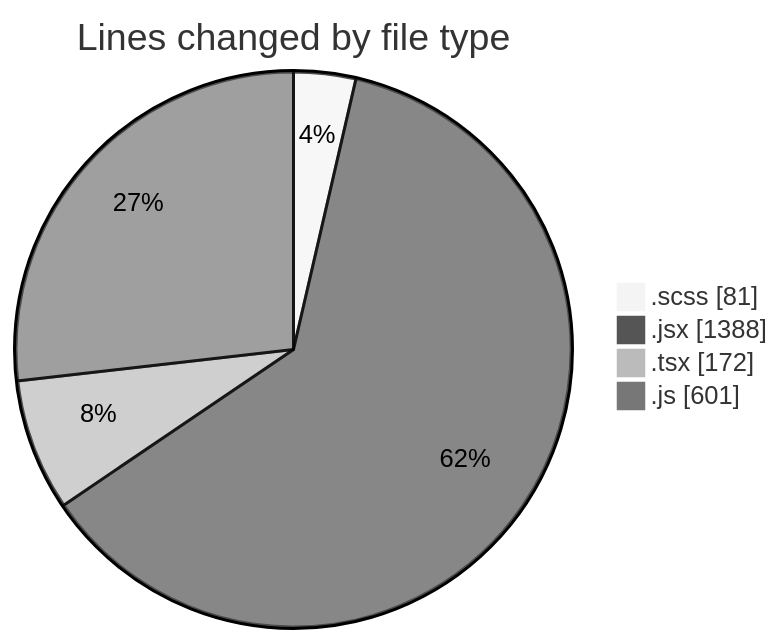
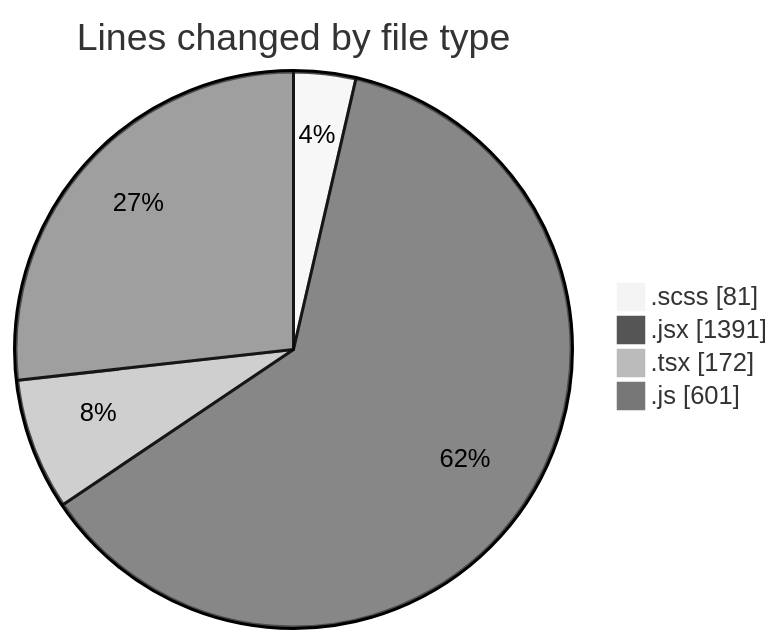
The first of 2 diagrams in 2025-06-03/cda/README.md (momahboobian/code-tracking), drawn with Mermaid (neutral theme) before and after one commit. The commit also changed other lines of this file and 1 other file, not shown here.

````diff
--- a/2025-06-03/cda/README.md
+++ b/2025-06-03/cda/README.md
@@ -25,8 +25,8 @@
 ```mermaid
 pie showData
 title Lines changed by file type
 ".scss" : 81
-".jsx" : 1388
+".jsx" : 1391
 ".tsx" : 172
 ".js" : 601
 ```
````
